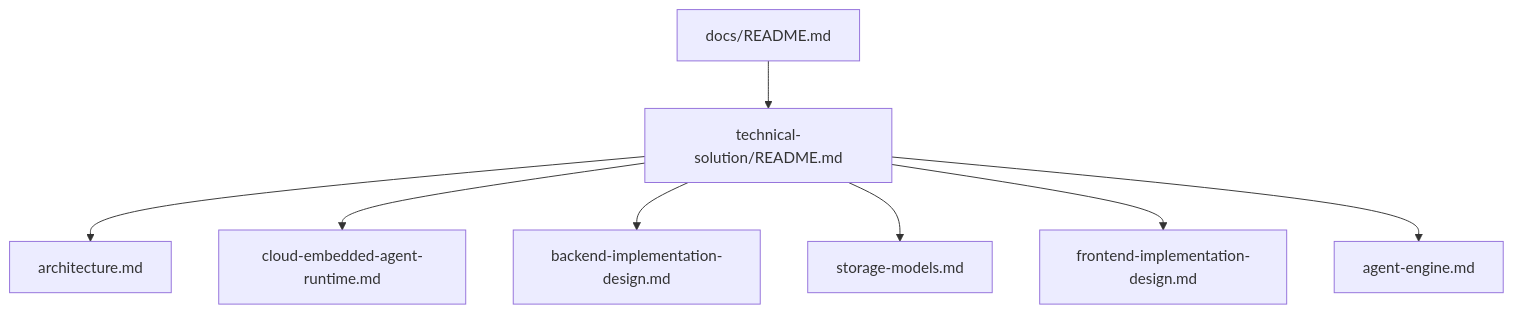
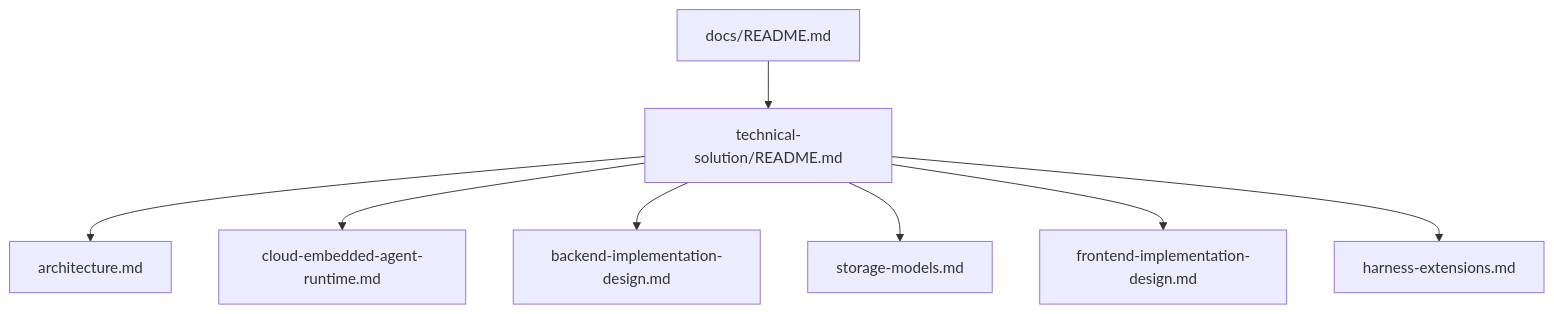
Before and after one commit to fengwk/kk-studio: the diagram in docs/README.md, drawn with Mermaid. The commit also changed 256 other files, not shown here.

````diff
--- a/docs/README.md
+++ b/docs/README.md
@@ -7,11 +7,11 @@
 ```mermaid
 flowchart TD
     A[docs/README.md]
     A --> B[technical-solution/README.md]
     B --> C[architecture.md]
     B --> D[cloud-embedded-agent-runtime.md]
     B --> E[backend-implementation-design.md]
     B --> F[storage-models.md]
     B --> G[frontend-implementation-design.md]
-    B --> H[agent-engine.md]
+    B --> H[harness-extensions.md]
 ```
````
